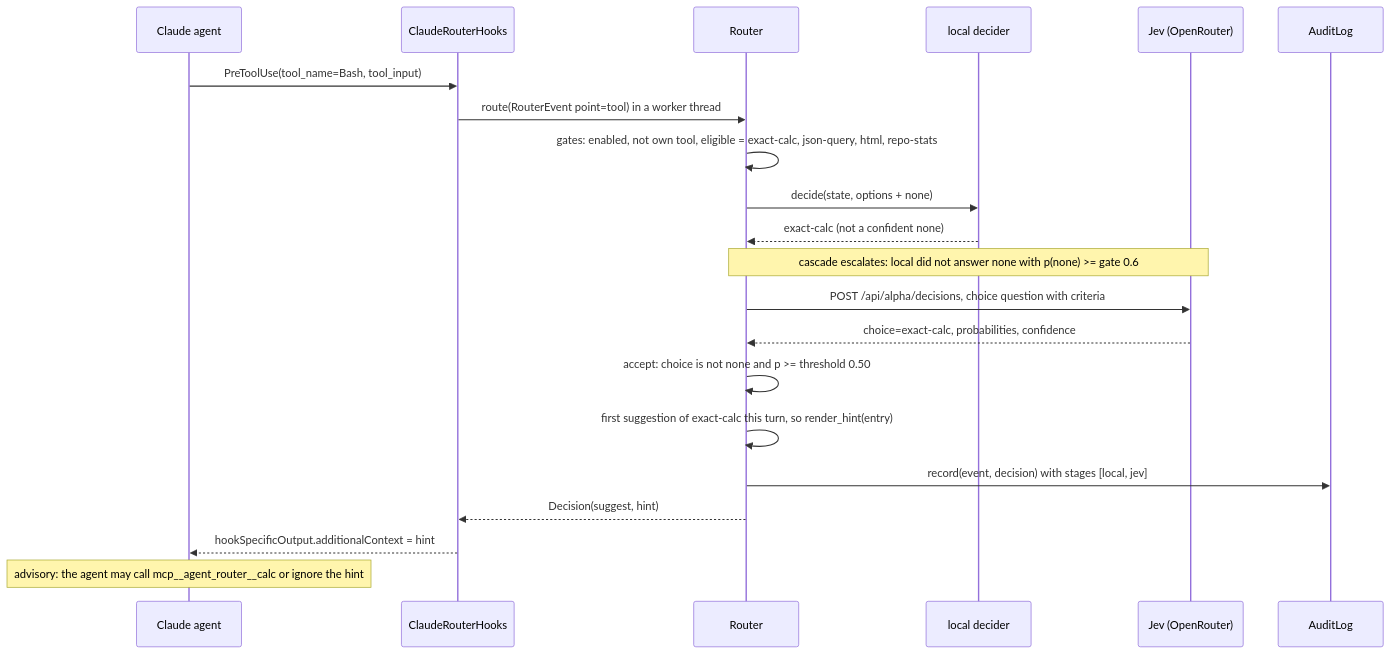
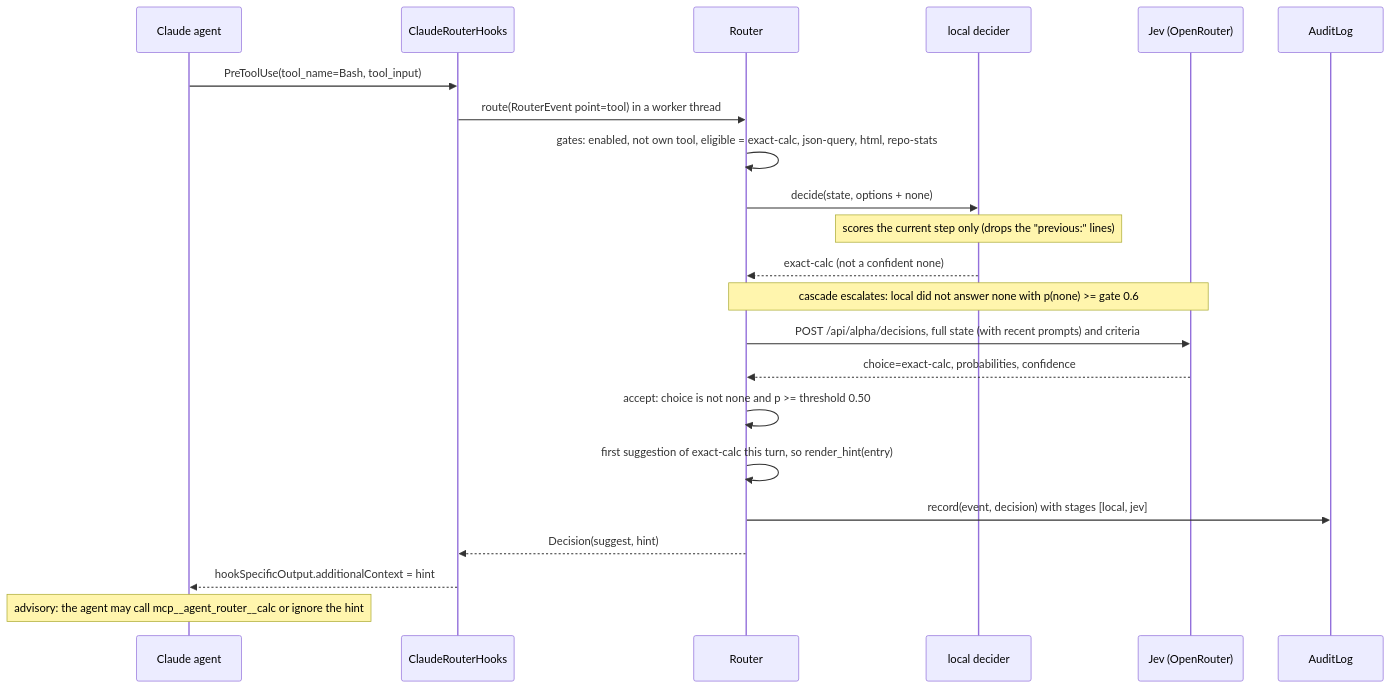
Before and after one commit to chrisdavidson/agent-router: the second of 2 diagrams in docs/architecture.md, drawn with Mermaid. The commit also changed other lines of this file and 4 other files, not shown here.

````diff
--- a/docs/architecture.md
+++ b/docs/architecture.md
@@ -71,24 +71,25 @@
 ```mermaid
 sequenceDiagram
     participant A as Claude agent
     participant H as ClaudeRouterHooks
     participant R as Router
     participant L as local decider
     participant J as Jev (OpenRouter)
     participant G as AuditLog
 
     A->>H: PreToolUse(tool_name=Bash, tool_input)
     H->>R: route(RouterEvent point=tool) in a worker thread
     R->>R: gates: enabled, not own tool, eligible = exact-calc, json-query, html, repo-stats
     R->>L: decide(state, options + none)
+    Note over L: scores the current step only (drops the "previous:" lines)
     L-->>R: exact-calc (not a confident none)
     Note over R,J: cascade escalates: local did not answer none with p(none) >= gate 0.6
-    R->>J: POST /api/alpha/decisions, choice question with criteria
+    R->>J: POST /api/alpha/decisions, full state (with recent prompts) and criteria
     J-->>R: choice=exact-calc, probabilities, confidence
     R->>R: accept: choice is not none and p >= threshold 0.50
     R->>R: first suggestion of exact-calc this turn, so render_hint(entry)
     R->>G: record(event, decision) with stages [local, jev]
     R-->>H: Decision(suggest, hint)
     H-->>A: hookSpecificOutput.additionalContext = hint
     Note over A: advisory: the agent may call mcp__agent_router__calc or ignore the hint
 ```
````
